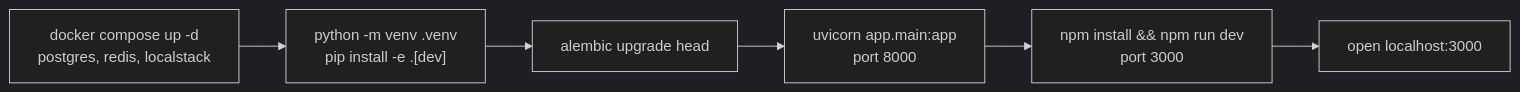
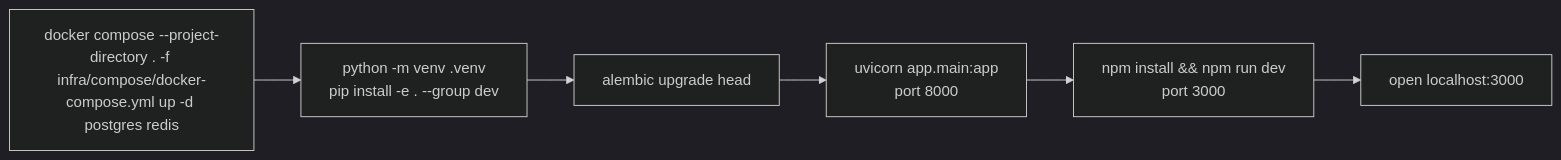
One commit to Abhishekpan731/Jarvis changed the first of 5 diagrams in docs/developer/INSTALLATION.md. Above: the diagram before and after it, drawn with Mermaid (dark theme). The commit also changed other lines of this file and 13 other files, not shown here.

````diff
--- a/docs/developer/INSTALLATION.md
+++ b/docs/developer/INSTALLATION.md
@@ -19,8 +21,8 @@
 ```mermaid
 flowchart LR
-    a["docker compose up -d<br/>postgres, redis, localstack"] --> b["python -m venv .venv<br/>pip install -e .[dev]"]
+    a["docker compose --project-directory . -f infra/compose/docker-compose.yml up -d postgres redis"] --> b["python -m venv .venv<br/>pip install -e . --group dev"]
     b --> c["alembic upgrade head"]
     c --> d["uvicorn app.main:app<br/>port 8000"]
     d --> e["npm install && npm run dev<br/>port 3000"]
     e --> f["open localhost:3000"]
 ```
````
